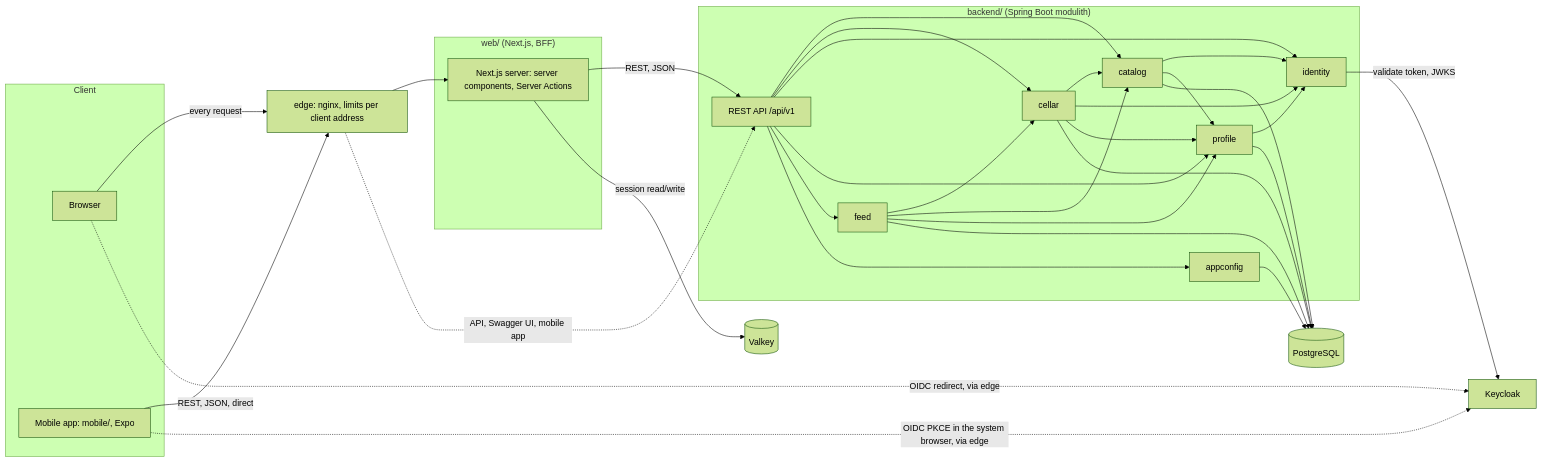
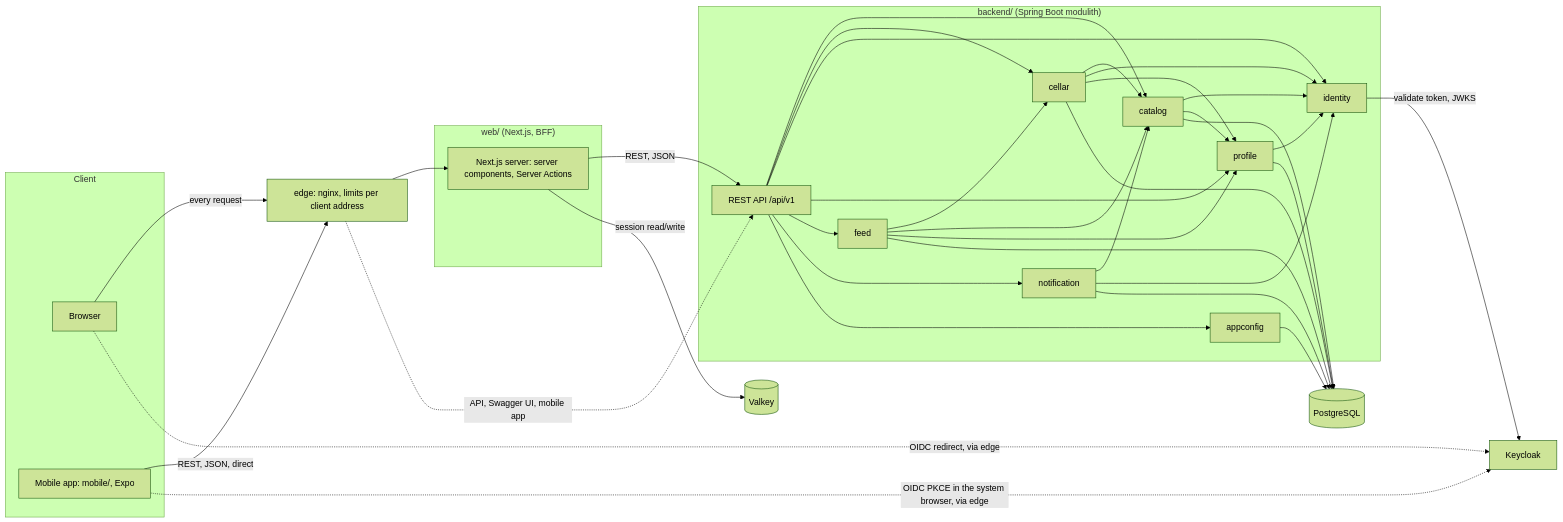
The diagram in docs/architecture.md (MiguelSombrero/kalia), drawn with Mermaid (forest theme) before and after one commit. The commit also changed other lines of this file and 34 other files, not shown here.

````diff
--- a/docs/architecture.md
+++ b/docs/architecture.md
@@ -43,34 +43,36 @@
 ```mermaid
 flowchart LR
     subgraph Client
         Browser
         App[Mobile app: mobile/, Expo]
     end
     subgraph Web["web/ (Next.js, BFF)"]
         NX[Next.js server: server components, Server Actions]
     end
     subgraph Backend["backend/ (Spring Boot modulith)"]
         API[REST API /api/v1]
         CAT[catalog]
         CEL[cellar]
         IDN[identity]
         PROF[profile]
         FED[feed]
+        NOT[notification]
         CFG[appconfig]
     end
     Browser -->|every request| EDGE[edge: nginx, limits per client address]
     App -->|REST, JSON, direct| EDGE
     EDGE --> NX
     EDGE -.->|API, Swagger UI, mobile app| API
     NX -->|REST, JSON| API
-    API --> CAT & CEL & IDN & PROF & FED & CFG
+    API --> CAT & CEL & IDN & PROF & FED & NOT & CFG
     CAT --> IDN & PROF
     CEL --> CAT & IDN & PROF
     PROF --> IDN
     FED --> CEL & CAT & PROF
-    CAT & CEL & PROF & FED & CFG --> PG[(PostgreSQL)]
+    NOT --> CAT & IDN
+    CAT & CEL & PROF & FED & NOT & CFG --> PG[(PostgreSQL)]
     Browser -.->|OIDC redirect, via edge| KC[Keycloak]
     App -.->|OIDC PKCE in the system browser, via edge| KC
     NX -->|session read/write| VK[(Valkey)]
     IDN -->|validate token, JWKS| KC
 ```
````
